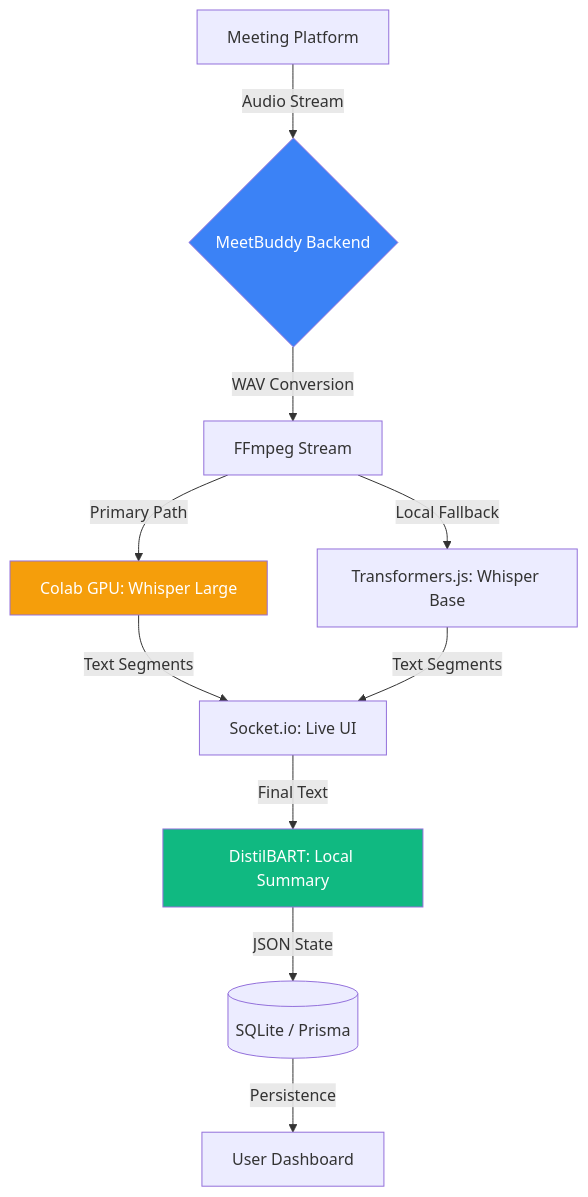
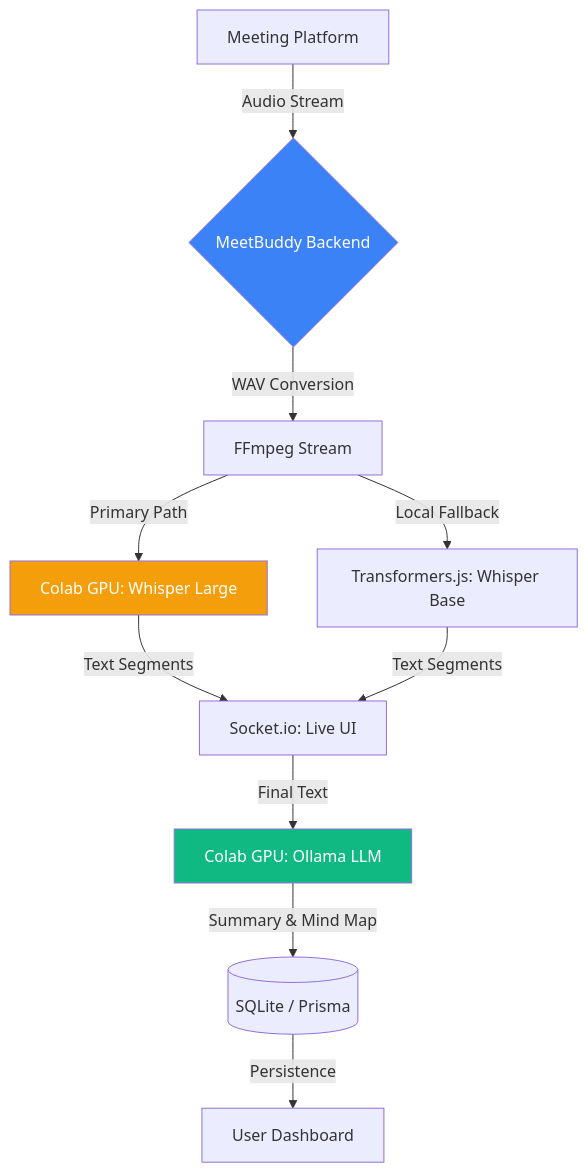
Before and after one commit to G1r1dhar/MeetBuddy-AI: the diagram in README.md, drawn with Mermaid. The commit also changed other lines of this file, not shown here.

Commit message:
docs: update architecture diagram and tech stack for colab ollama migration

````diff
--- a/README.md
+++ b/README.md
@@ -33,15 +33,15 @@
 ```mermaid
 graph TD
     A[Meeting Platform] -->|Audio Stream| B{MeetBuddy Backend}
     B -->|WAV Conversion| C[FFmpeg Stream]
     C -->|Primary Path| D[Colab GPU: Whisper Large]
     C -->|Local Fallback| E[Transformers.js: Whisper Base]
     D & E -->|Text Segments| F[Socket.io: Live UI]
-    F -->|Final Text| G[DistilBART: Local Summary]
-    G -->|JSON State| H[(SQLite / Prisma)]
+    F -->|Final Text| G[Colab GPU: Ollama LLM]
+    G -->|Summary & Mind Map| H[(SQLite / Prisma)]
     H -->|Persistence| I[User Dashboard]
     
     style B fill:#3b82f6,color:#fff
     style G fill:#10b981,color:#fff
     style D fill:#f59e0b,color:#fff
 ```
````
